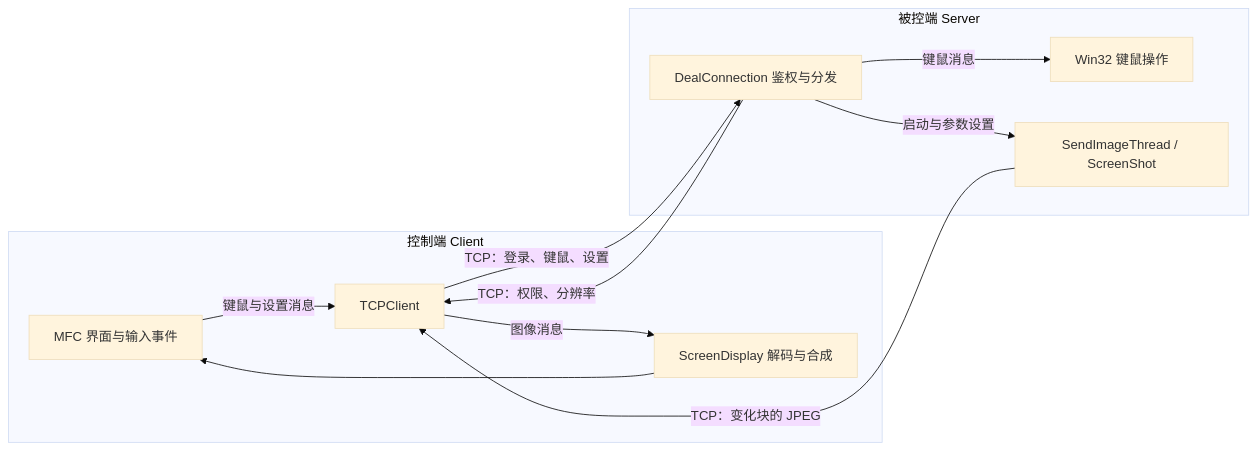
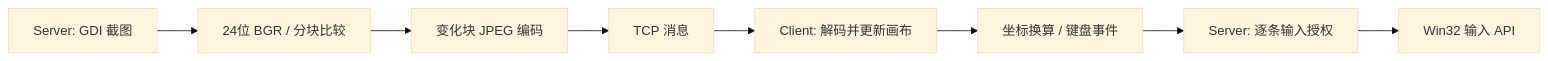
Before and after one commit to xuebossvh/RemoteControlSystem-Test: the diagram in README.md, drawn with Mermaid (base theme). The commit also changed other lines of this file and 159 other files, not shown here.

First line of the commit message:
fix: modernize Win32 build and exclude client capture

````diff
--- a/README.md
+++ b/README.md
@@ -90,21 +95,10 @@
 ```mermaid
 flowchart LR
-    subgraph Client[控制端 Client]
-        UI[MFC 界面与输入事件]
-        Display[ScreenDisplay 解码与合成]
-        ClientNet[TCPClient]
-        UI -->|键鼠与设置消息| ClientNet
-        ClientNet -->|图像消息| Display
-        Display --> UI
-    end
-    subgraph Server[被控端 Server]
-        Session[DealConnection 鉴权与分发]
-        Input[Win32 键鼠操作]
-        Capture[SendImageThread / ScreenShot]
-        Session -->|键鼠消息| Input
-        Session -->|启动与参数设置| Capture
-    end
-    ClientNet -->|TCP：登录、键鼠、设置| Session
-    Session -->|TCP：权限、分辨率| ClientNet
-    Capture -->|TCP：变化块的 JPEG| ClientNet
+    Capture[Server: GDI 截图] --> Tiles[24位 BGR / 分块比较]
+    Tiles --> JPEG[变化块 JPEG 编码]
+    JPEG --> TCP[TCP 消息]
+    TCP --> Display[Client: 解码并更新画布]
+    Display --> Input[坐标换算 / 键盘事件]
+    Input --> Auth[Server: 逐条输入授权]
+    Auth --> Win32[Win32 输入 API]
 ```
````
